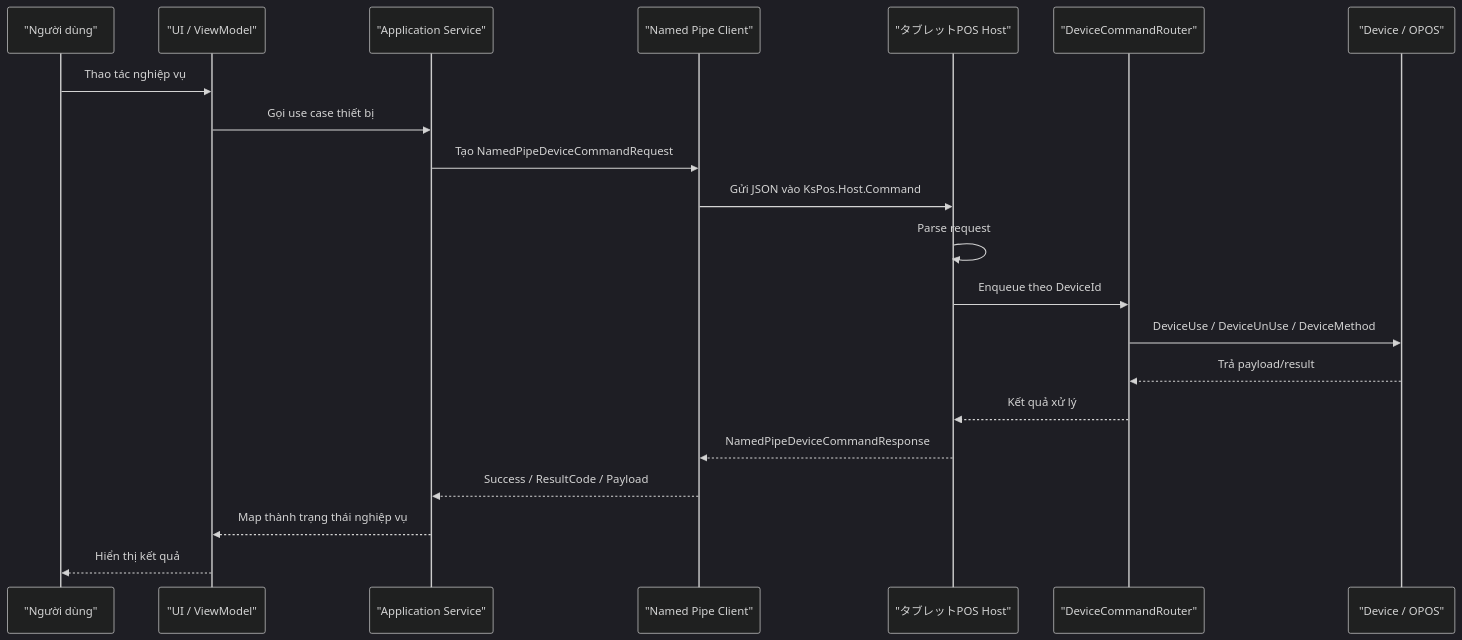
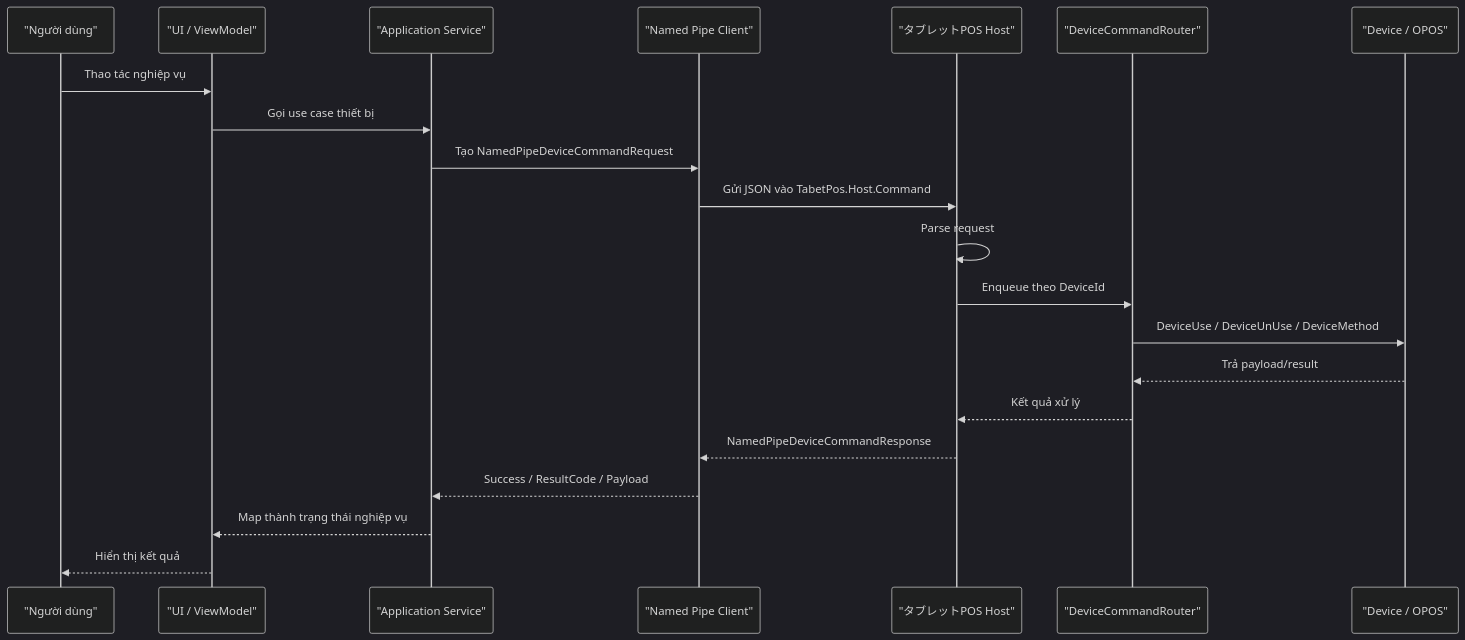
Before and after one commit to vti-sam/smj-ks-pos-stored: the first of 3 diagrams in knowledge/ks_pos_boilerplate/architecture/application/host_named_pipe_basic_design_2026-05-29.md, drawn with Mermaid (dark theme). The commit also changed other lines of this file and 73 other files, not shown here.

Commit message:
Update tablet POS reports for host rename

````diff
--- a/knowledge/ks_pos_boilerplate/architecture/application/host_named_pipe_basic_design_2026-05-29.md
+++ b/knowledge/ks_pos_boilerplate/architecture/application/host_named_pipe_basic_design_2026-05-29.md
@@ -114,24 +114,24 @@
 ```mermaid
 sequenceDiagram
     participant User as "Người dùng"
     participant UI as "UI / ViewModel"
     participant App as "Application Service"
     participant Pipe as "Named Pipe Client"
     participant Host as "タブレットPOS Host"
     participant Router as "DeviceCommandRouter"
     participant Device as "Device / OPOS"
 
     User->>UI: Thao tác nghiệp vụ
     UI->>App: Gọi use case thiết bị
     App->>Pipe: Tạo NamedPipeDeviceCommandRequest
-    Pipe->>Host: Gửi JSON vào KsPos.Host.Command
+    Pipe->>Host: Gửi JSON vào TabetPos.Host.Command
     Host->>Host: Parse request
     Host->>Router: Enqueue theo DeviceId
     Router->>Device: DeviceUse / DeviceUnUse / DeviceMethod
     Device-->>Router: Trả payload/result
     Router-->>Host: Kết quả xử lý
     Host-->>Pipe: NamedPipeDeviceCommandResponse
     Pipe-->>App: Success / ResultCode / Payload
     App-->>UI: Map thành trạng thái nghiệp vụ
     UI-->>User: Hiển thị kết quả
 ```
````
